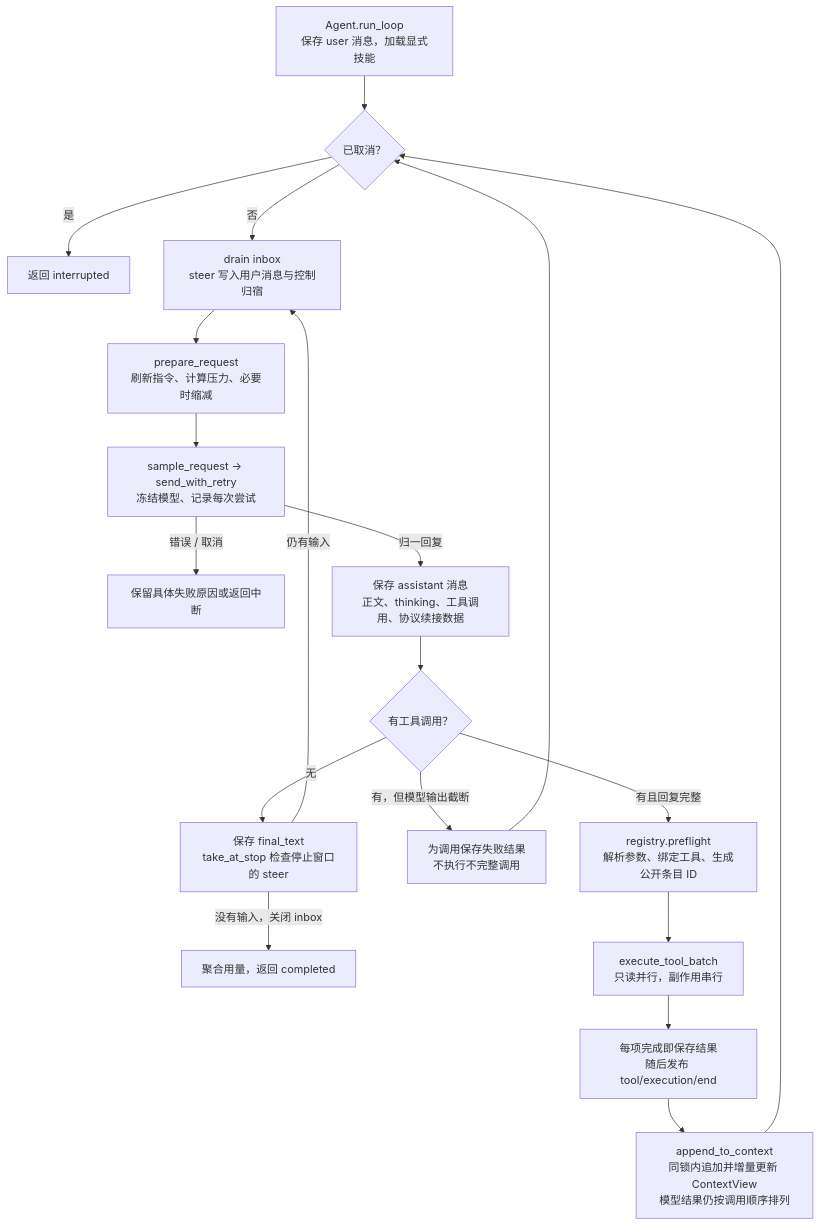
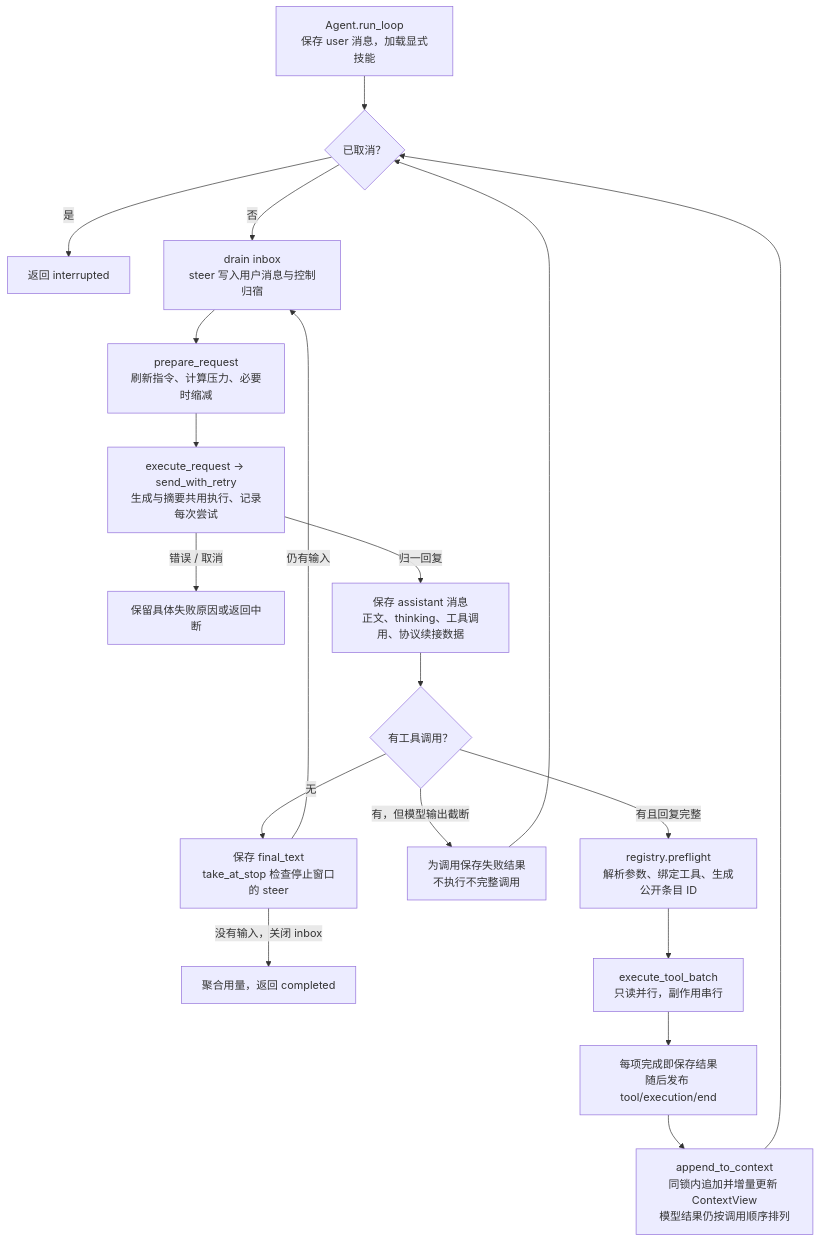
One commit to qjcnmd/singularity-agent changed diagram 14 of 29 in docs/singularity.md. Above: the diagram before and after it, drawn with Mermaid. The commit also changed other lines of this file and 45 other files, not shown here.

````diff
--- a/docs/singularity.md
+++ b/docs/singularity.md
@@ -371,21 +371,21 @@
 ```mermaid
 flowchart TB
     Input["Agent.run_loop<br/>保存 user 消息，加载显式技能"] --> Cancel{"已取消？"}
     Cancel -->|"是"| Abort["返回 interrupted"]
     Cancel -->|"否"| Inbox["drain inbox<br/>steer 写入用户消息与控制归宿"]
     Inbox --> Prepare["prepare_request<br/>刷新指令、计算压力、必要时缩减"]
-    Prepare --> Request["sample_request → send_with_retry<br/>冻结模型、记录每次尝试"]
+    Prepare --> Request["execute_request → send_with_retry<br/>生成与摘要共用执行、记录每次尝试"]
     Request -->|"错误 / 取消"| Failure["保留具体失败原因或返回中断"]
     Request -->|"归一回复"| Assistant["保存 assistant 消息<br/>正文、thinking、工具调用、协议续接数据"]
     Assistant --> Calls{"有工具调用？"}
     Calls -->|"无"| Stop["保存 final_text<br/>take_at_stop 检查停止窗口的 steer"]
     Stop -->|"仍有输入"| Inbox
     Stop -->|"没有输入，关闭 inbox"| Completed["聚合用量，返回 completed"]
     Calls -->|"有，但模型输出截断"| Truncated["为调用保存失败结果<br/>不执行不完整调用"]
     Truncated --> Cancel
     Calls -->|"有且回复完整"| Preflight["registry.preflight<br/>解析参数、绑定工具、生成公开条目 ID"]
     Preflight --> Batch["execute_tool_batch<br/>只读并行，副作用串行"]
     Batch --> Results["每项完成即保存结果<br/>随后发布 tool/execution/end"]
     Results --> Context["append_to_context<br/>同锁内追加并增量更新 ContextView<br/>模型结果仍按调用顺序排列"]
     Context --> Cancel
 ```
````
